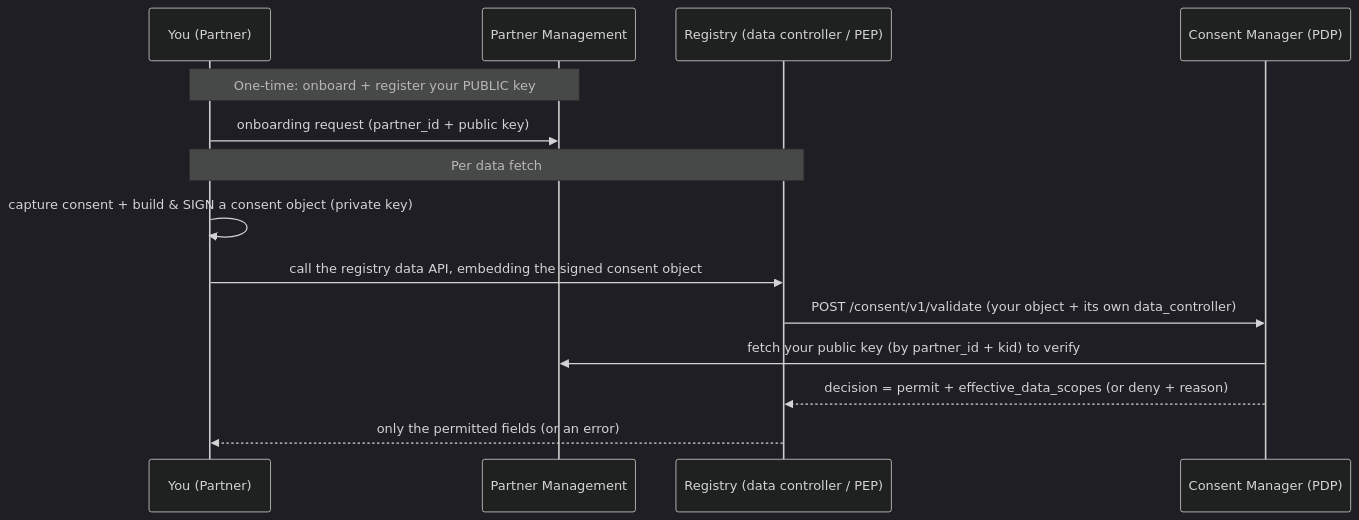
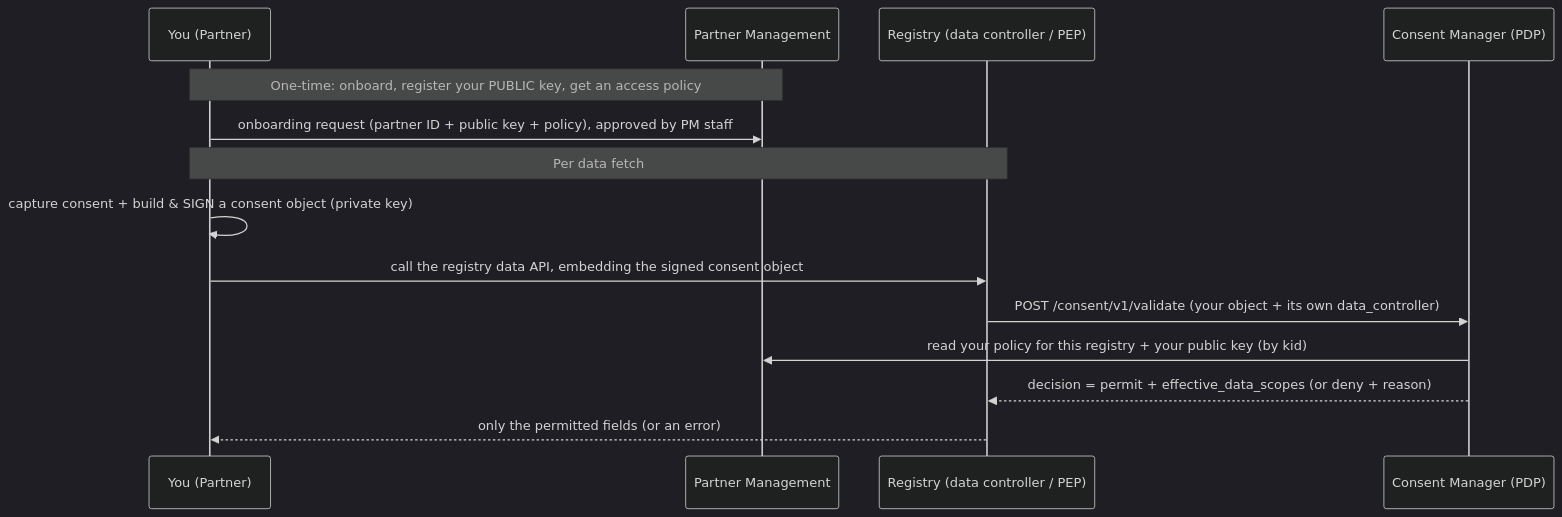
One commit to OpenG2P/openg2p-documentation changed the diagram in consent-management/partner-integration-guide.md. Above: the diagram before and after it, drawn with Mermaid (dark theme). The commit also changed other lines of this file and 74 other files, not shown here.

````diff
--- a/consent-management/partner-integration-guide.md
+++ b/consent-management/partner-integration-guide.md
@@ -16,16 +17,16 @@
 ```mermaid
 sequenceDiagram
   participant P as You (Partner)
   participant PM as Partner Management
   participant R as Registry (data controller / PEP)
   participant CM as Consent Manager (PDP)
-  Note over P,PM: One-time: onboard + register your PUBLIC key
-  P->>PM: onboarding request (partner_id + public key)
+  Note over P,PM: One-time: onboard, register your PUBLIC key, get an access policy
+  P->>PM: onboarding request (partner ID + public key + policy), approved by PM staff
   Note over P,R: Per data fetch
   P->>P: capture consent + build & SIGN a consent object (private key)
   P->>R: call the registry data API, embedding the signed consent object
   R->>CM: POST /consent/v1/validate (your object + its own data_controller)
-  CM->>PM: fetch your public key (by partner_id + kid) to verify
+  CM->>PM: read your policy for this registry + your public key (by kid)
   CM-->>R: decision = permit + effective_data_scopes (or deny + reason)
   R-->>P: only the permitted fields (or an error)
 ```
````
